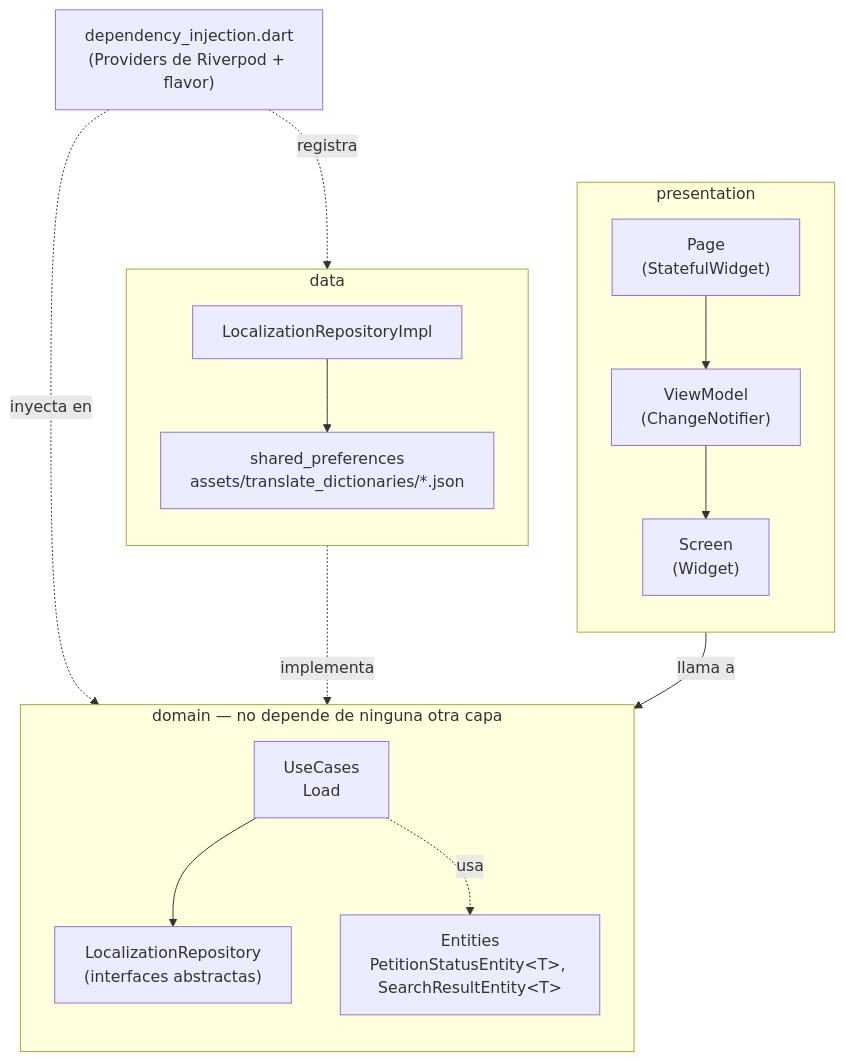
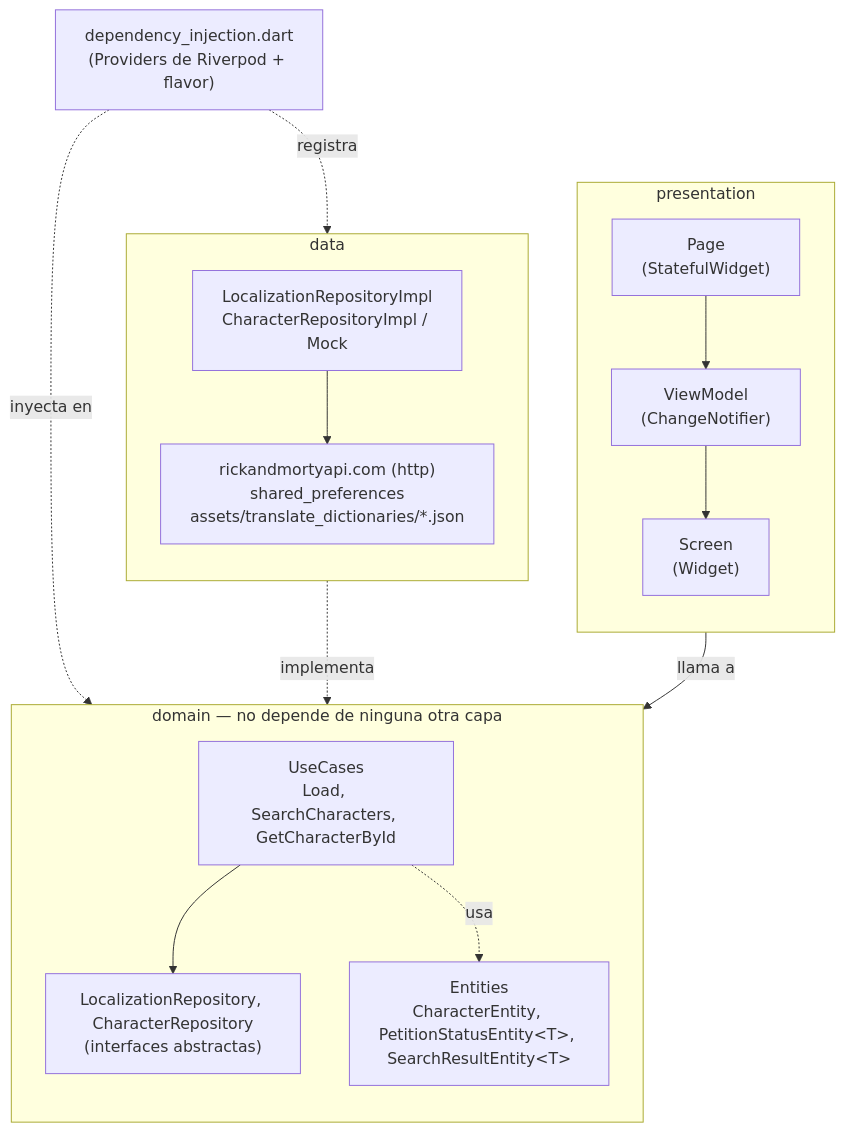
One commit to marlonc98/pragma_road_2 changed the diagram in README.md. Above: the diagram before and after it, drawn with Mermaid. The commit also changed other lines of this file, not shown here.

Commit message:
docs: describe the Rick and Morty characters app in README

````diff
--- a/README.md
+++ b/README.md
@@ -80,32 +81,32 @@
 ```mermaid
 flowchart TB
     subgraph Presentation["presentation"]
         direction TB
         Page["Page<br/>(StatefulWidget)"]
         VM["ViewModel<br/>(ChangeNotifier)"]
         Screen["Screen<br/>(Widget)"]
         Page --> VM --> Screen
     end
 
     subgraph Domain["domain — no depende de ninguna otra capa"]
         direction TB
-        UseCase["UseCases<br/>Load"]
-        RepoI["LocalizationRepository<br/>(interfaces abstractas)"]
-        Entities["Entities<br/>PetitionStatusEntity&lt;T&gt;, SearchResultEntity&lt;T&gt;"]
+        UseCase["UseCases<br/>Load, SearchCharacters, GetCharacterById"]
+        RepoI["LocalizationRepository, CharacterRepository<br/>(interfaces abstractas)"]
+        Entities["Entities<br/>CharacterEntity, PetitionStatusEntity&lt;T&gt;, SearchResultEntity&lt;T&gt;"]
         UseCase --> RepoI
         UseCase -.->|usa| Entities
     end
 
     subgraph Data["data"]
         direction TB
-        RepoImpl["LocalizationRepositoryImpl"]
-        Sources["shared_preferences<br/>assets/translate_dictionaries/*.json"]
+        RepoImpl["LocalizationRepositoryImpl<br/>CharacterRepositoryImpl / Mock"]
+        Sources["rickandmortyapi.com (http)<br/>shared_preferences<br/>assets/translate_dictionaries/*.json"]
         RepoImpl --> Sources
     end
 
     VM -->|llama a| UseCase
     RepoImpl -.->|implementa| RepoI
 
     DI["dependency_injection.dart<br/>(Providers de Riverpod + flavor)"] -.->|registra| RepoImpl
     DI -.->|inyecta en| UseCase
 ```
````
